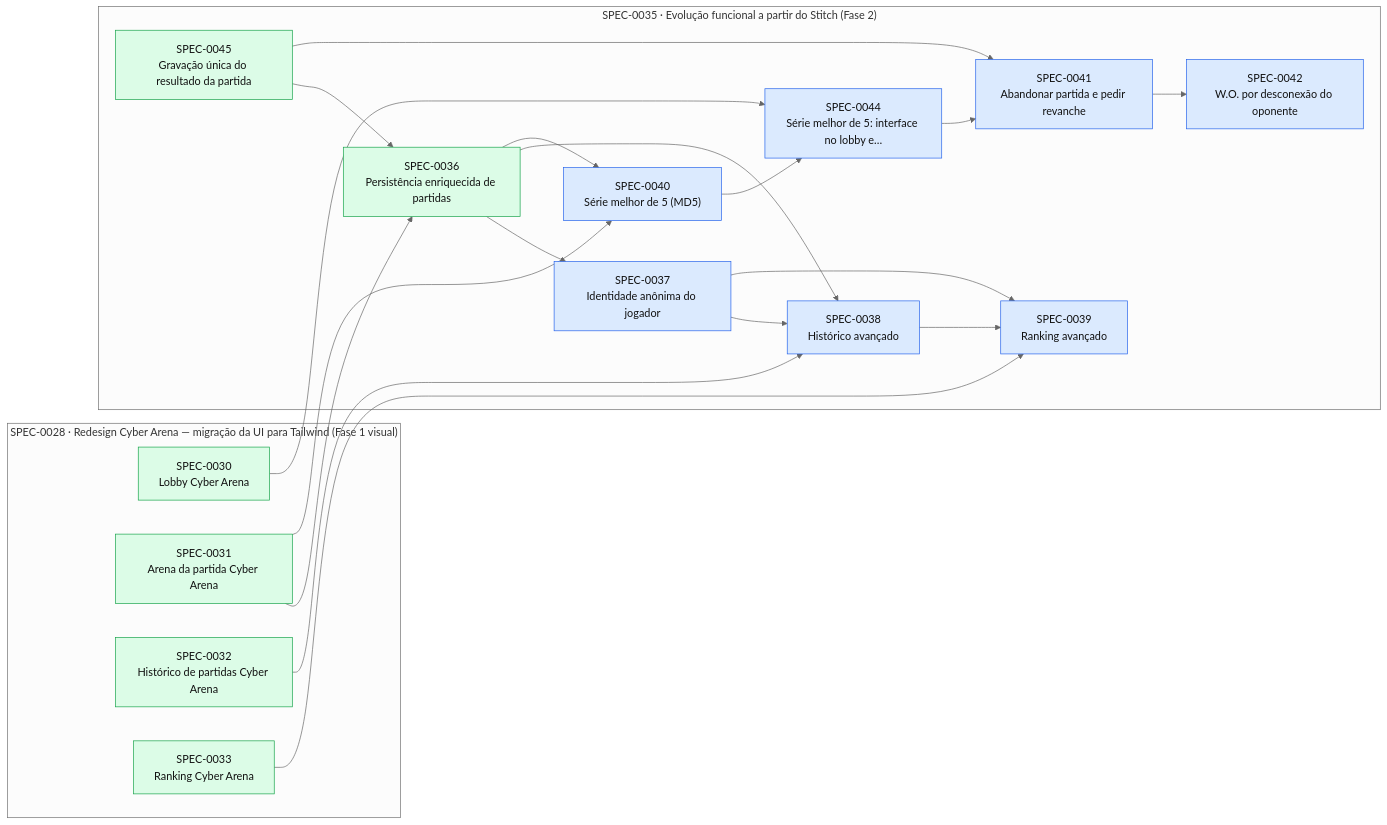
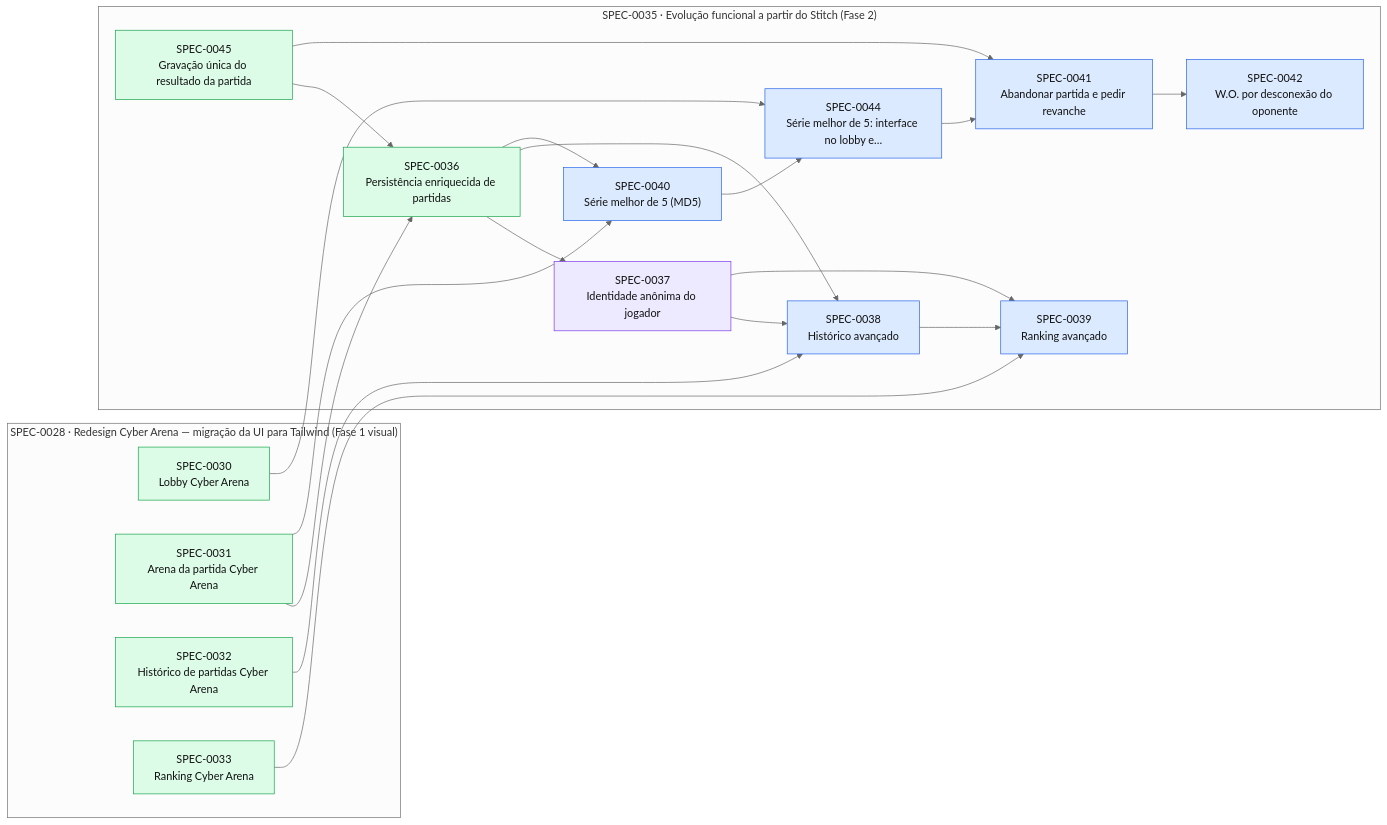
One commit to thomasravache/jogo-da-velha-multiplayer changed the diagram in docs/specs/INDEX.md. Above: the diagram before and after it, drawn with Mermaid (neutral theme). The commit also changed other lines of this file and 1 other file, not shown here.

First line of the commit message:
docs(specs): registrar gates G1-G4 da SPEC-0037

````diff
--- a/docs/specs/INDEX.md
+++ b/docs/specs/INDEX.md
@@ -42,41 +42,41 @@
 ```mermaid
 flowchart LR
   subgraph E0028["SPEC-0028 · Redesign Cyber Arena — migração da UI para Tailwind (Fase 1 visual)"]
     S0030["SPEC-0030<br/>Lobby Cyber Arena"]:::implemented
     S0031["SPEC-0031<br/>Arena da partida Cyber Arena"]:::implemented
     S0032["SPEC-0032<br/>Histórico de partidas Cyber Arena"]:::implemented
     S0033["SPEC-0033<br/>Ranking Cyber Arena"]:::implemented
   end
   subgraph E0035["SPEC-0035 · Evolução funcional a partir do Stitch (Fase 2)"]
     S0036["SPEC-0036<br/>Persistência enriquecida de partidas"]:::implemented
-    S0037["SPEC-0037<br/>Identidade anônima do jogador"]:::approved
+    S0037["SPEC-0037<br/>Identidade anônima do jogador"]:::inprogress
     S0038["SPEC-0038<br/>Histórico avançado"]:::approved
     S0039["SPEC-0039<br/>Ranking avançado"]:::approved
     S0040["SPEC-0040<br/>Série melhor de 5 (MD5)"]:::approved
     S0041["SPEC-0041<br/>Abandonar partida e pedir revanche"]:::approved
     S0042["SPEC-0042<br/>W.O. por desconexão do oponente"]:::approved
     S0044["SPEC-0044<br/>Série melhor de 5: interface no lobby e…"]:::approved
     S0045["SPEC-0045<br/>Gravação única do resultado da partida"]:::implemented
   end
   S0031 --> S0036
   S0045 --> S0036
   S0036 --> S0037
   S0032 --> S0038
   S0036 --> S0038
   S0037 --> S0038
   S0033 --> S0039
   S0037 --> S0039
   S0038 --> S0039
   S0031 --> S0040
   S0036 --> S0040
   S0044 --> S0041
   S0045 --> S0041
   S0041 --> S0042
   S0030 --> S0044
   S0040 --> S0044
   classDef proposed fill:#fef3c7,stroke:#d97706,color:#111
   classDef approved fill:#dbeafe,stroke:#2563eb,color:#111
   classDef inprogress fill:#ede9fe,stroke:#7c3aed,color:#111
   classDef implemented fill:#dcfce7,stroke:#16a34a,color:#111
   classDef deprecated fill:#f3f4f6,stroke:#9ca3af,color:#6b7280
 ```
````
